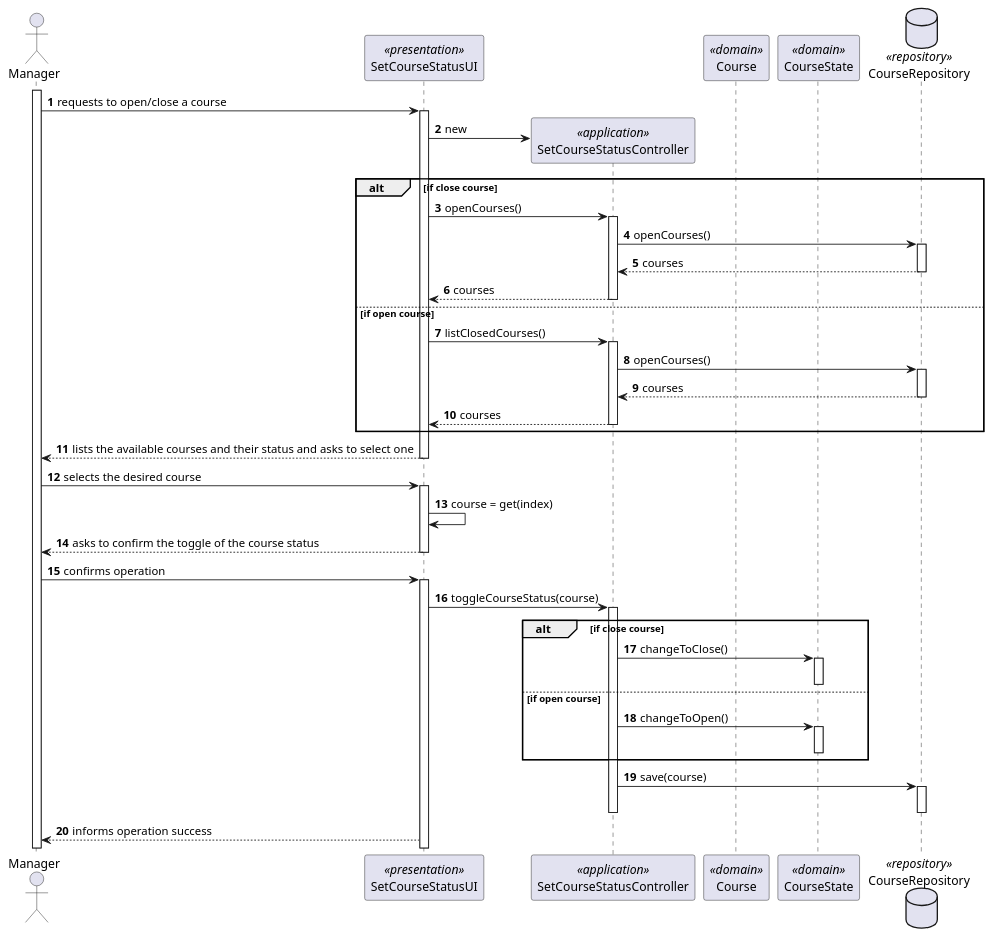
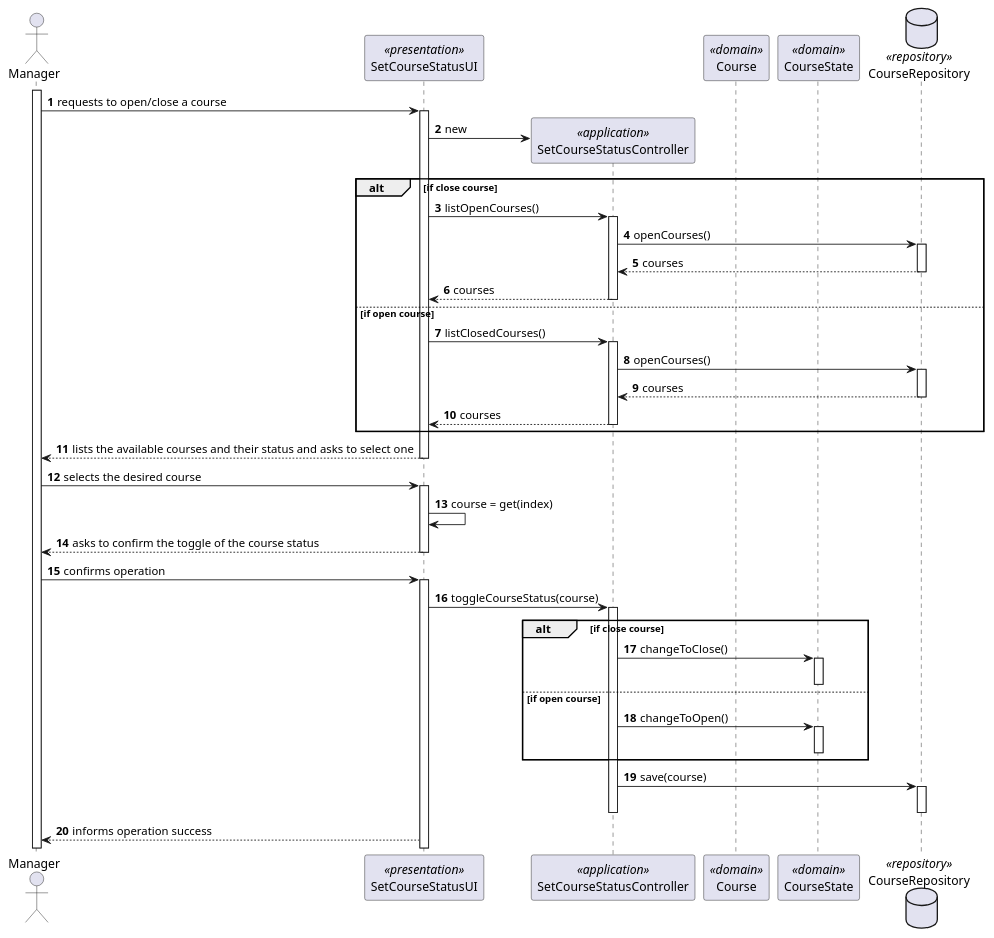
Before and after one commit to miseEnPlace-dev/lapr4: the diagram in docs/sprint-b/us10-1004/US1004_SD.puml, drawn with PlantUML. The commit also changed 1 other file, not shown here.

```diff
--- a/docs/sprint-b/us10-1004/US1004_SD.puml
+++ b/docs/sprint-b/us10-1004/US1004_SD.puml
@@ -1,87 +1,87 @@
 @startuml US1004_SD
 autonumber
 
 actor "Manager" as M
 
 participant "SetCourseStatusUI" as UI <<presentation>>
 participant "SetCourseStatusController" as CTRL <<application>>
 participant "Course" as Course <<domain>>
 participant "CourseState" as CourseState <<domain>>
 
 database CourseRepository as REPO <<repository>>
 
 activate M
 
 M -> UI: requests to open/close a course
 
 activate UI
 
 UI -> CTRL**: new
 
 alt if close course
-  UI -> CTRL: openCourses()
+  UI -> CTRL: listOpenCourses()
   activate CTRL
   CTRL -> REPO: openCourses()
   activate REPO
   REPO --> CTRL: courses
   deactivate REPO
   CTRL --> UI: courses
   deactivate CTRL
 else if open course
   UI -> CTRL: listClosedCourses()
 
   activate CTRL
 
   CTRL -> REPO: openCourses()
   activate REPO
   REPO --> CTRL: courses
   deactivate REPO
   CTRL --> UI: courses
   deactivate CTRL
   end
 
 UI --> M: lists the available courses and their status and asks to select one
 
 deactivate UI
 
 M -> UI: selects the desired course
 
 activate UI
 
 UI -> UI: course = get(index)
 
 
 UI --> M: asks to confirm the toggle of the course status
 
 deactivate UI
 
 M -> UI: confirms operation
 
 activate UI
 
 UI -> CTRL: toggleCourseStatus(course)
 
 alt if close course
   activate CTRL
   CTRL -> CourseState: changeToClose()
   activate CourseState
   deactivate CourseState
 
 else if open course
 
   CTRL -> CourseState: changeToOpen()
   activate CourseState
   deactivate CourseState
   end
 
 
 CTRL -> REPO: save(course)
 
 activate REPO
 deactivate REPO
 
 deactivate CTRL
 
 UI --> M: informs operation success
 
 @enduml
```
